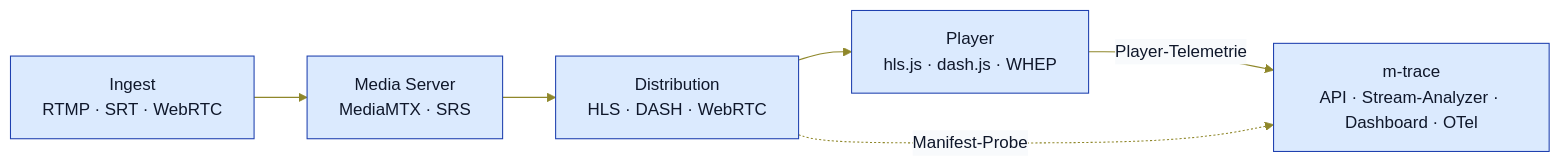
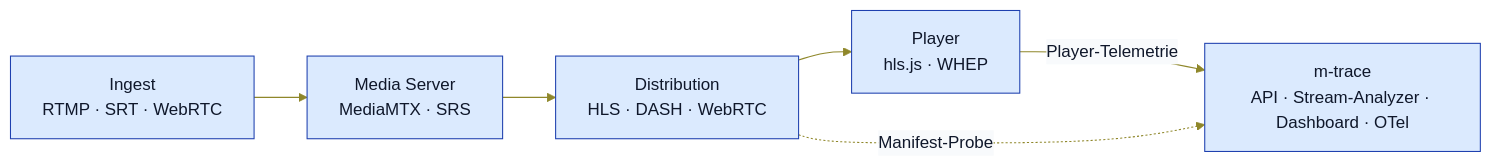
The second of 2 diagrams in README.de.md (pt9912/m-trace), drawn with Mermaid before and after one commit. The commit also changed other lines of this file and 1 other file, not shown here.

````diff
--- a/README.de.md
+++ b/README.de.md
@@ -65,10 +65,10 @@
 ```mermaid
 %%{init: {'theme':'base','themeVariables':{'background':'#f8fafc','primaryColor':'#dbeafe','primaryTextColor':'#0f172a','primaryBorderColor':'#1e40af','lineColor':'#8f872a','secondaryColor':'#fef3c7','tertiaryColor':'#dcfce7','noteBkgColor':'#fef3c7','noteTextColor':'#0f172a','noteBorderColor':'#a16207','actorBkg':'#dbeafe','actorBorder':'#1e40af','actorTextColor':'#0f172a','actorLineColor':'#475569','signalColor':'#0f172a','signalTextColor':'#0f172a','sequenceNumberColor':'#ffffff','labelTextColor':'#0f172a','loopTextColor':'#0f172a','edgeLabelBackground':'#f8fafc'}}}%%
 
 flowchart LR
   I[Ingest<br/>RTMP · SRT · WebRTC] --> S[Media Server<br/>MediaMTX · SRS]
   S --> D[Distribution<br/>HLS · DASH · WebRTC]
-  D --> P[Player<br/>hls.js · dash.js · WHEP]
+  D --> P[Player<br/>hls.js · WHEP]
   P -->|Player-Telemetrie| T[m-trace<br/>API · Stream-Analyzer · Dashboard · OTel]
   D -.->|Manifest-Probe| T
 ```
````
